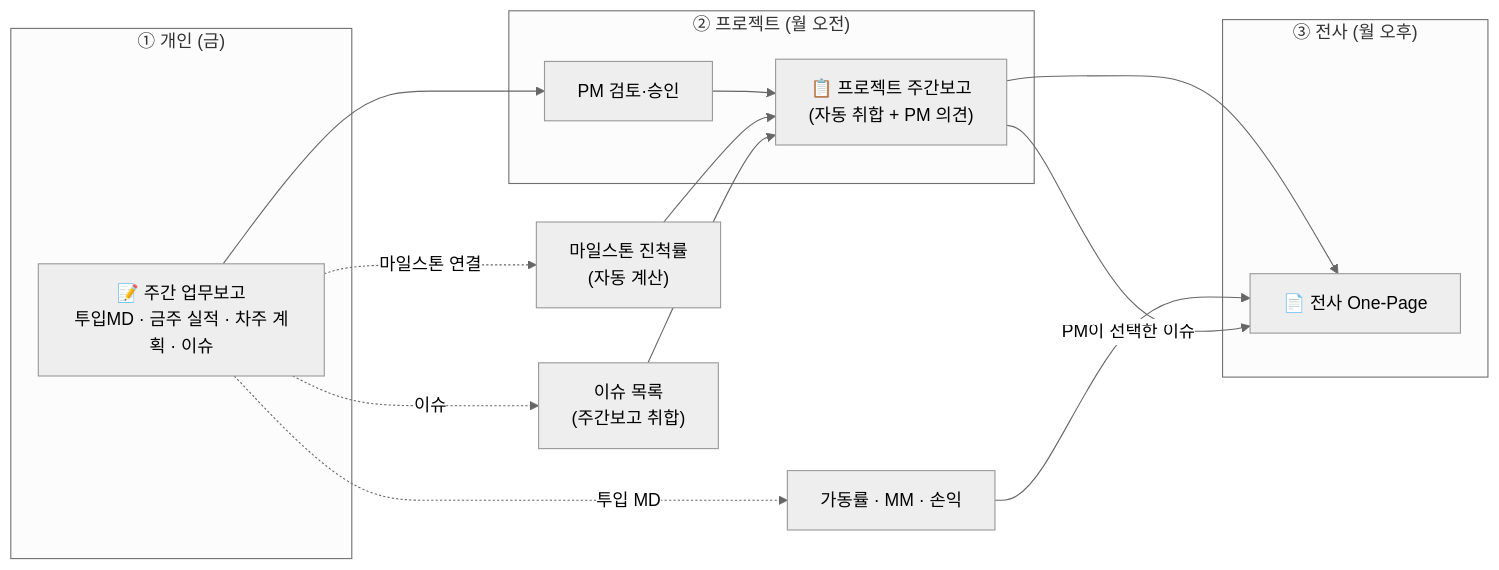
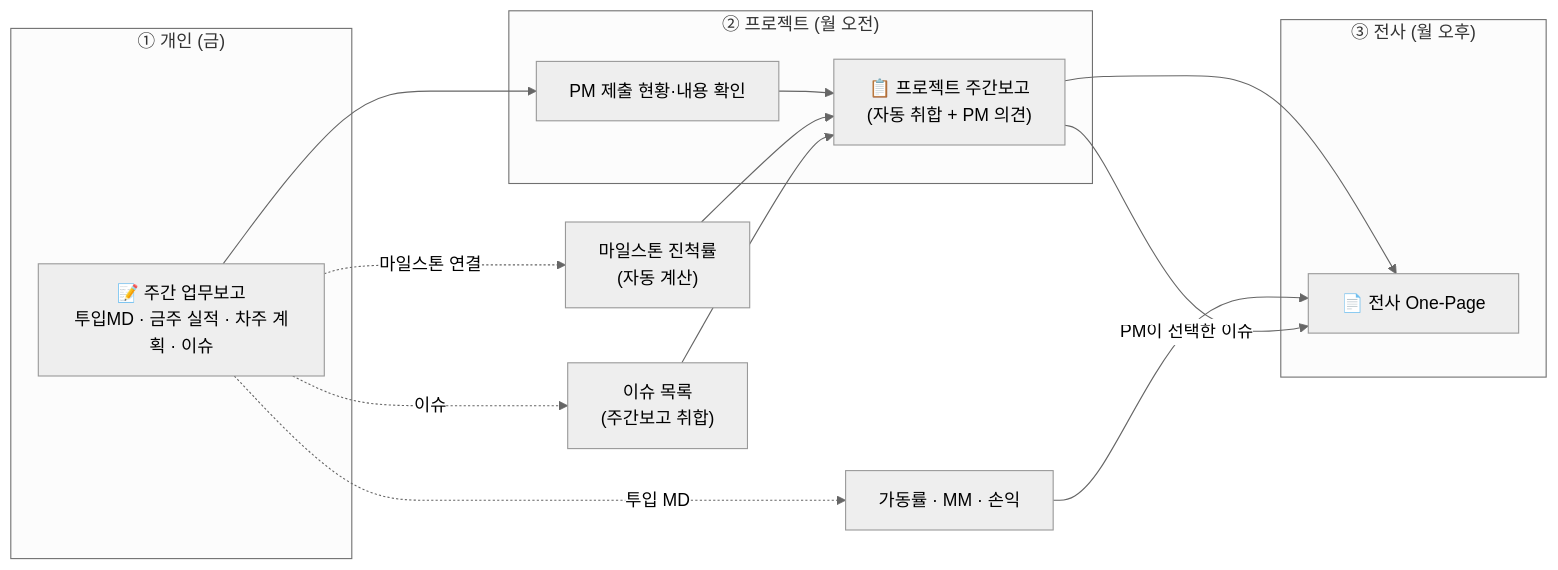
One commit to toddkim-rgb/BT_HRM changed the eighth of 14 diagrams in SM_SI_인력관리시스템_명세서.md. Above: the diagram before and after it, drawn with Mermaid (neutral theme). The commit also changed other lines of this file and 28 other files, not shown here.

````diff
--- a/SM_SI_인력관리시스템_명세서.md
+++ b/SM_SI_인력관리시스템_명세서.md
@@ -394,21 +427,21 @@
 ```mermaid
 flowchart LR
   subgraph L1["① 개인 (금)"]
     A["📝 주간 업무보고<br/>투입MD · 금주 실적 · 차주 계획 · 이슈"]
   end
   subgraph L2["② 프로젝트 (월 오전)"]
-    B["PM 검토·승인"]
+    B["PM 제출 현황·내용 확인"]
     C["📋 프로젝트 주간보고<br/>(자동 취합 + PM 의견)"]
   end
   subgraph L3["③ 전사 (월 오후)"]
     D["📄 전사 One-Page"]
   end
   A --> B --> C --> D
   A -. "투입 MD" .-> E["가동률 · MM · 손익"]
   A -. "마일스톤 연결" .-> F["마일스톤 진척률<br/>(자동 계산)"]
   A -. "이슈" .-> G["이슈 목록<br/>(주간보고 취합)"]
   E --> D
   F --> C
   G --> C
   C -->|"PM이 선택한 이슈"| D
 ```
````
